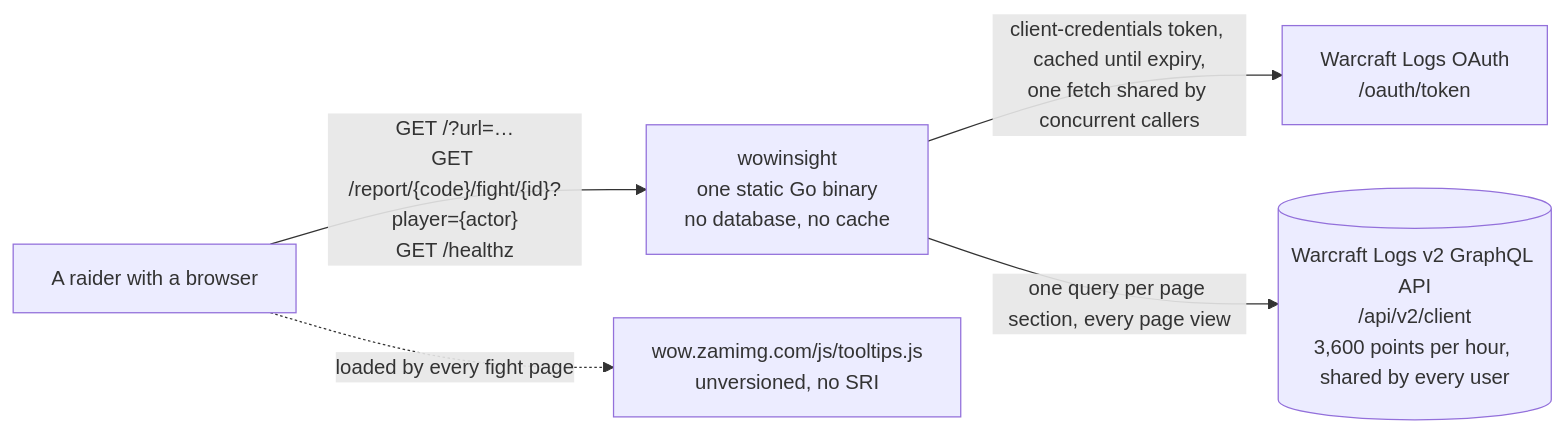
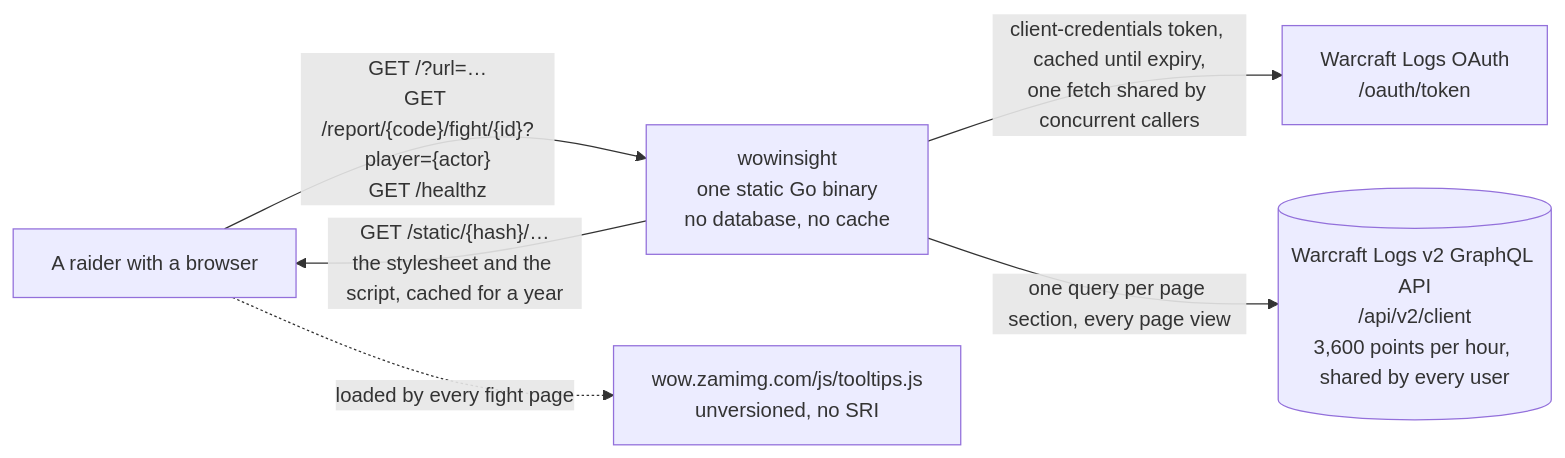
Before and after one commit to Gabriel2048/wow-insights: the first of 3 diagrams in ARCHITECTURE.md, drawn with Mermaid. The commit also changed other lines of this file and 33 other files, not shown here.

````diff
--- a/ARCHITECTURE.md
+++ b/ARCHITECTURE.md
@@ -16,13 +16,14 @@
 ```mermaid
 flowchart LR
     user["A raider with a browser"]
     app["wowinsight<br/>one static Go binary<br/>no database, no cache"]
     oauth["Warcraft Logs OAuth<br/>/oauth/token"]
     api[("Warcraft Logs v2 GraphQL API<br/>/api/v2/client<br/>3,600 points per hour, shared by every user")]
     zam["wow.zamimg.com/js/tooltips.js<br/>unversioned, no SRI"]
 
     user -->|"GET /?url=…<br/>GET /report/{code}/fight/{id}?player={actor}<br/>GET /healthz"| app
     app -->|"client-credentials token, cached until expiry,<br/>one fetch shared by concurrent callers"| oauth
     app -->|"one query per page section, every page view"| api
     user -.->|"loaded by every fight page"| zam
+    app -->|"GET /static/{hash}/…<br/>the stylesheet and the script, cached for a year"| user
 ```
````
